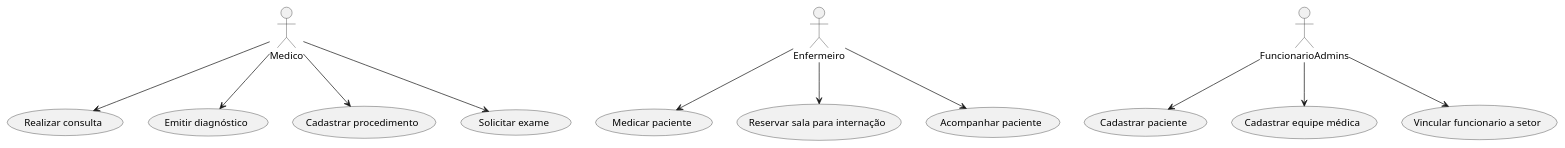
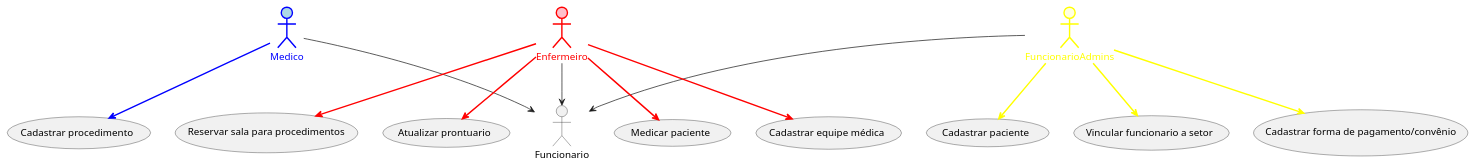
The diagram in hospital-usecase.plantuml (amandasantos312/engSoftwareII), drawn with PlantUML before and after one commit.

Commit message:
coisa de junho

```diff
--- a/hospital-usecase.plantuml
+++ b/hospital-usecase.plantuml
@@ -1,31 +1,36 @@
 @startuml Hospital
 
-actor Medico
-actor Enfermeiro
-actor FuncionarioAdmins as Admin
+actor Funcionario 
+actor Medico #lightblue;line:blue;line.bold;text:blue
+actor Enfermeiro #pink;line:red;line.bold;text:red
+actor FuncionarioAdmins as Admin #lightyellow;line:yellow;line.bold;text:yellow
 
 
-usecase "Realizar consulta" as UC1
-usecase "Emitir diagnóstico" as UC2
-usecase "Cadastrar procedimento" as UC3
-usecase "Solicitar exame" as UC4
-usecase "Cadastrar paciente" as UC5
+usecase "Cadastrar procedimento" as UC1
+
+usecase "Cadastrar paciente" as UC2
+usecase "Vincular funcionario a setor" as UC3
+usecase "Cadastrar forma de pagamento/convênio" as UC4
+
+usecase "Medicar paciente" as UC5
 usecase "Cadastrar equipe médica" as UC6
-usecase "Vincular funcionario a setor" as UC7
-usecase "Medicar paciente" as UC8
-usecase "Reservar sala para internação" as UC9
-usecase "Acompanhar paciente" as UC10
+usecase "Reservar sala para procedimentos" as UC7
+usecase "Atualizar prontuario" as UC8
 
 
-Medico --> UC1
-Medico --> UC2
-Medico --> UC3
-Medico --> UC4
-Admin --> UC5
-Admin --> UC6
-Admin --> UC7
-Enfermeiro --> UC8
-Enfermeiro --> UC9
-Enfermeiro --> UC10
+Medico --> Funcionario
+Enfermeiro --> Funcionario
+Admin --> Funcionario
+
+Medico --> UC1 #line:blue;line.bold;text:blue
+
+Admin --> UC2 #line:yellow;line.bold;text:yellow
+Admin --> UC3 #line:yellow;line.bold;text:yellow
+Admin --> UC4 #line:yellow;line.bold;text:yellow
+
+Enfermeiro --> UC5 #line:red;line.bold;text:red
+Enfermeiro --> UC6 #line:red;line.bold;text:red
+Enfermeiro --> UC7 #line:red;line.bold;text:red
+Enfermeiro --> UC8 #line:red;line.bold;text:red
 
 @enduml
```
